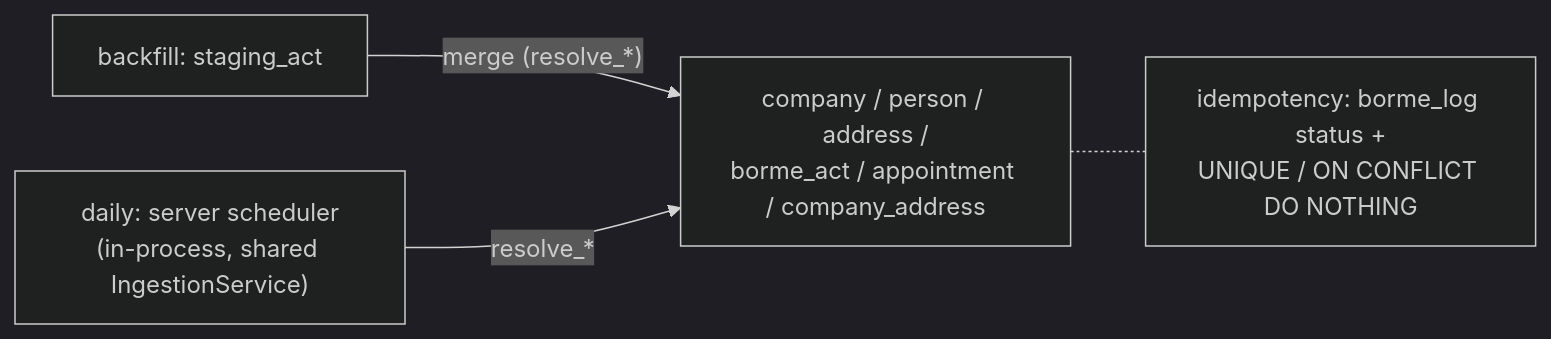
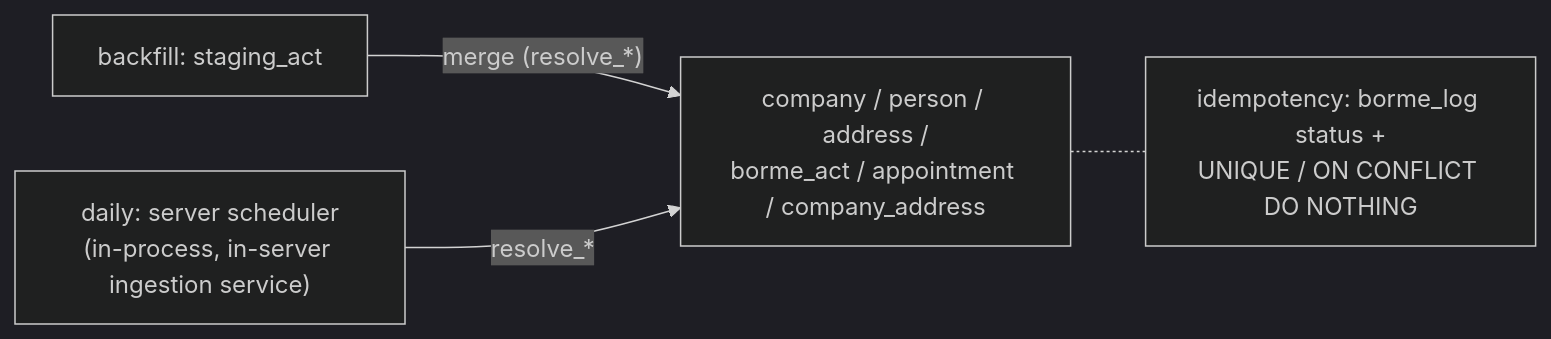
The diagram in docs/features/database-schema.md (earelin/mercator), drawn with Mermaid (dark theme) before and after one commit. The commit also changed other lines of this file and 155 other files, not shown here.

First line of the commit message:
Collapse to single Micronaut module, add import endpoint, consolidate schema

````diff
--- a/docs/features/database-schema.md
+++ b/docs/features/database-schema.md
@@ -89,6 +91,6 @@
 ```mermaid
 flowchart LR
     BF["backfill: staging_act"] -->|"merge (resolve_*)"| LIVE["company / person / address /<br/>borme_act / appointment / company_address"]
-    DLY["daily: server scheduler<br/>(in-process, shared IngestionService)"] -->|"resolve_*"| LIVE
+    DLY["daily: server scheduler<br/>(in-process, in-server ingestion service)"] -->|"resolve_*"| LIVE
     LIVE -.- NOTE["idempotency: borme_log status +<br/>UNIQUE / ON CONFLICT DO NOTHING"]
 ```
````
